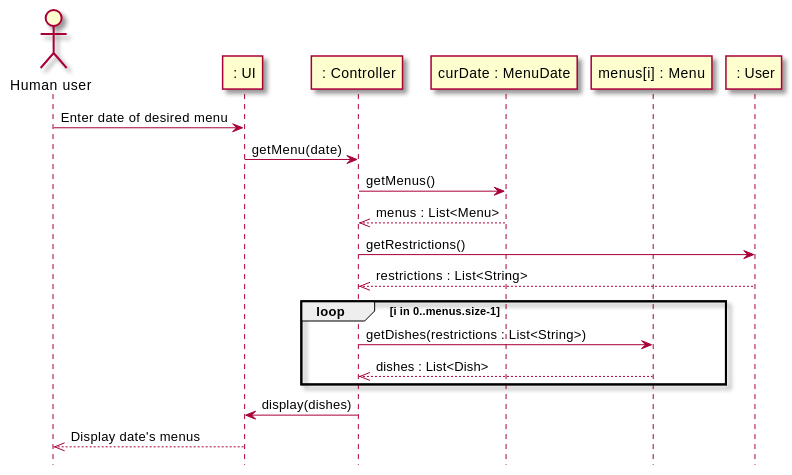
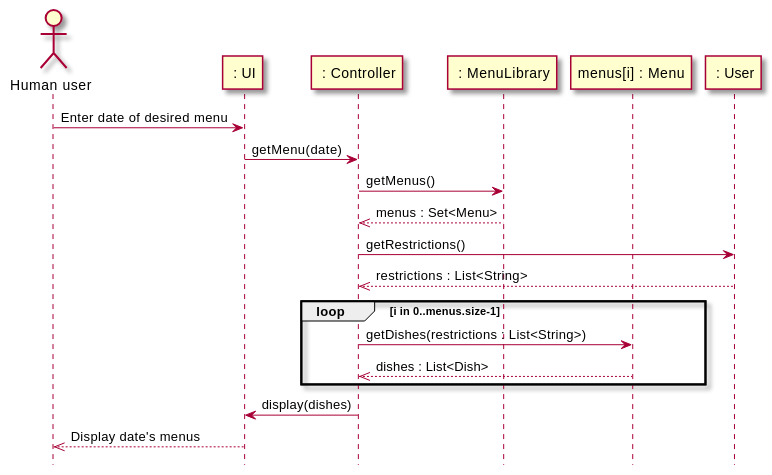
The second of 4 diagrams in intellij/doc/design.md (sashap100/Vassar-Dining-App), drawn with PlantUML before and after one commit. The commit also changed other lines of this file, not shown here.

Commit message:
Updated sequence diagrams to match new class diagram

````diff
--- a/intellij/doc/design.md
+++ b/intellij/doc/design.md
@@ -73,24 +73,24 @@
 ```plantuml
 skin rose
 
 hide footbox
 actor "Human user" as human
 participant " : UI" as ui
 participant " : Controller" as controller
-participant "curDate : MenuDate" as date
+participant " : MenuLibrary" as menulib
 participant "menus[i] : Menu" as menu
 participant " : User" as user
 
 human -> ui : Enter date of desired menu
 ui -> controller : getMenu(date)
-controller -> date: getMenus()
-date -->> controller : menus : List<Menu>
+controller -> menulib: getMenus()
+menulib -->> controller : menus : Set<Menu>
 controller -> user : getRestrictions()
 user -->> controller : restrictions : List<String>
 loop i in 0..menus.size-1
     controller -> menu : getDishes(restrictions : List<String>)
     menu -->> controller : dishes : List<Dish>
 end
 controller -> ui : display(dishes)
 ui -->> human : Display date's menus
 ```
````
